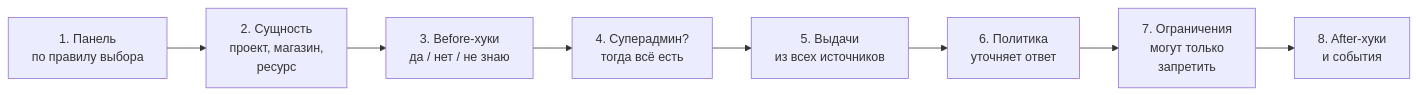
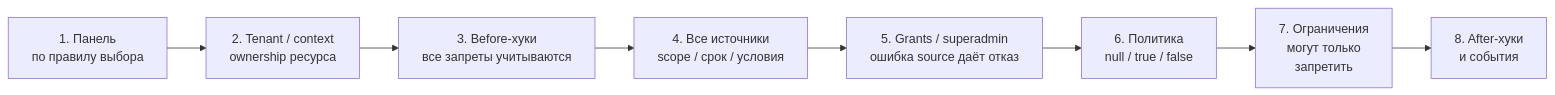
One commit to axiomasoft/azguard-private changed the second of 3 diagrams in audits/2026-09-29-audit/opus/00-overview.md. Above: the diagram before and after it, drawn with Mermaid. The commit also changed other lines of this file and 30 other files, not shown here.

````diff
--- a/audits/2026-09-29-audit/opus/00-overview.md
+++ b/audits/2026-09-29-audit/opus/00-overview.md
@@ -243,10 +251,10 @@
 ```mermaid
 flowchart LR
-    A[1. Панель<br/>по правилу выбора] --> B[2. Сущность<br/>проект, магазин,<br/>ресурс]
-    B --> C[3. Before-хуки<br/>да / нет / не знаю]
-    C --> D[4. Суперадмин?<br/>тогда всё есть]
-    D --> E[5. Выдачи<br/>из всех источников]
-    E --> F[6. Политика<br/>уточняет ответ]
+    A[1. Панель<br/>по правилу выбора] --> B[2. Tenant / context<br/>ownership ресурса]
+    B --> C[3. Before-хуки<br/>все запреты учитываются]
+    C --> E[4. Все источники<br/>scope / срок / условия]
+    E --> D[5. Grants / superadmin<br/>ошибка source даёт отказ]
+    D --> F[6. Политика<br/>null / true / false]
     F --> G[7. Ограничения<br/>могут только<br/>запретить]
     G --> H[8. After-хуки<br/>и события]
 ```
````
